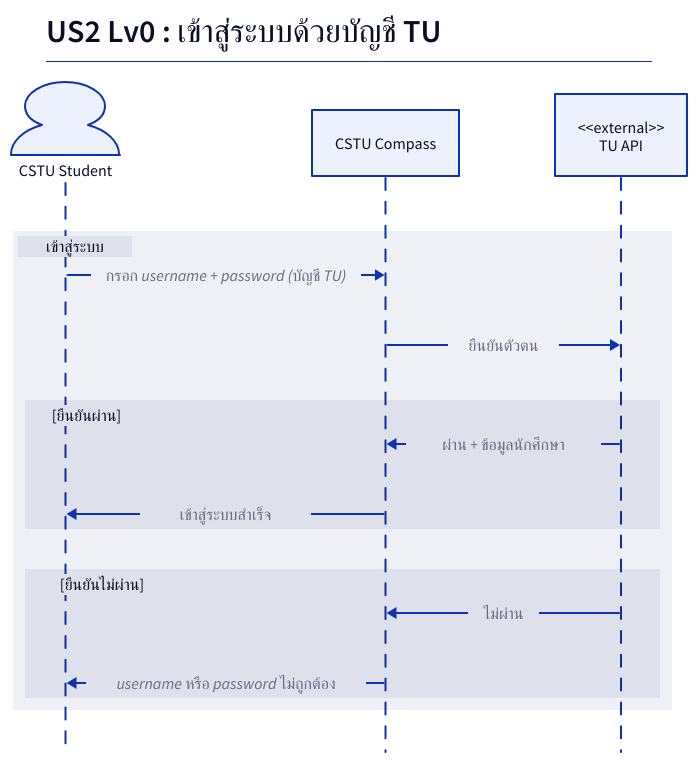
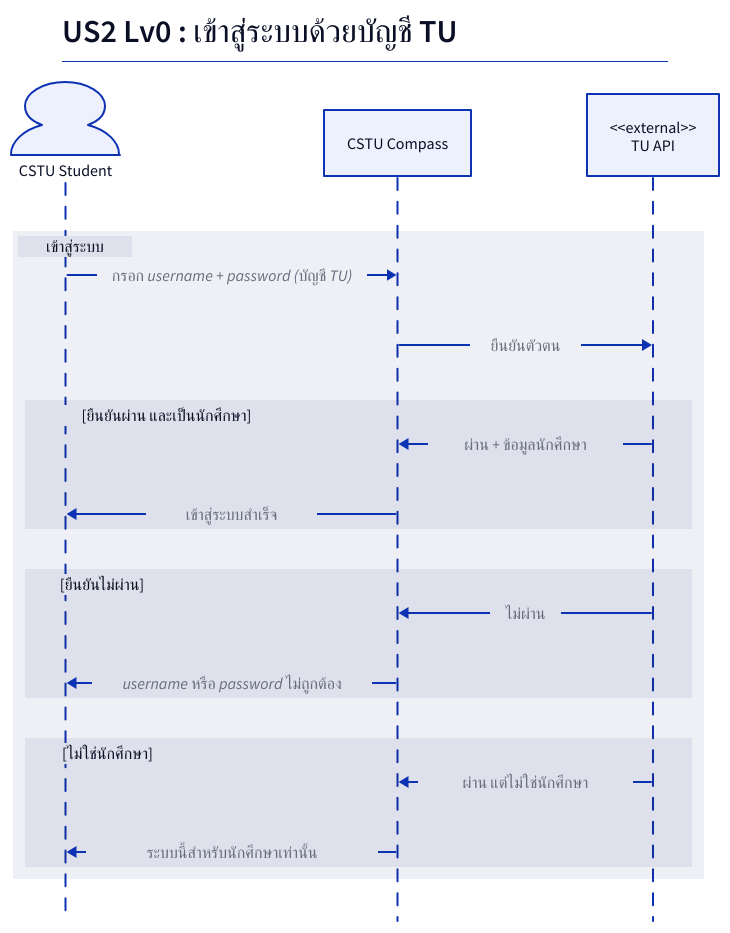
The diagram in docs/Diagrams/Sequences/US2/Lv0.d2 (Saranwich/CS261), drawn with D2 before and after one commit. The commit also changed 8 other files, not shown here.

Commit message:
chore(diagrams): US2 add 403 not-student branch, rename stdId to studentId

```diff
--- a/docs/Diagrams/Sequences/US2/Lv0.d2
+++ b/docs/Diagrams/Sequences/US2/Lv0.d2
@@ -1,26 +1,31 @@
 shape: sequence_diagram
 
 title: |md
   # US2 Lv0 : เข้าสู่ระบบด้วยบัญชี TU
 | {near: top-center}
 
 CstuStudent: CSTU Student {
     shape: person
 }
 System: CSTU Compass
 TUAPI: "<<external>>\nTU API"
 
 เข้าสู่ระบบ: {
     CstuStudent -> System: กรอก username + password (บัญชี TU)
     System -> TUAPI: ยืนยันตัวตน
 
-    success: "[ยืนยันผ่าน]" {
+    success: "[ยืนยันผ่าน และเป็นนักศึกษา]" {
         TUAPI -> System: ผ่าน + ข้อมูลนักศึกษา
         System -> CstuStudent: เข้าสู่ระบบสำเร็จ
     }
 
     fail: "[ยืนยันไม่ผ่าน]" {
         TUAPI -> System: ไม่ผ่าน
         System -> CstuStudent: username หรือ password ไม่ถูกต้อง
     }
+
+    not_student: "[ไม่ใช่นักศึกษา]" {
+        TUAPI -> System: ผ่าน แต่ไม่ใช่นักศึกษา
+        System -> CstuStudent: ระบบนี้สำหรับนักศึกษาเท่านั้น
+    }
 }
```
